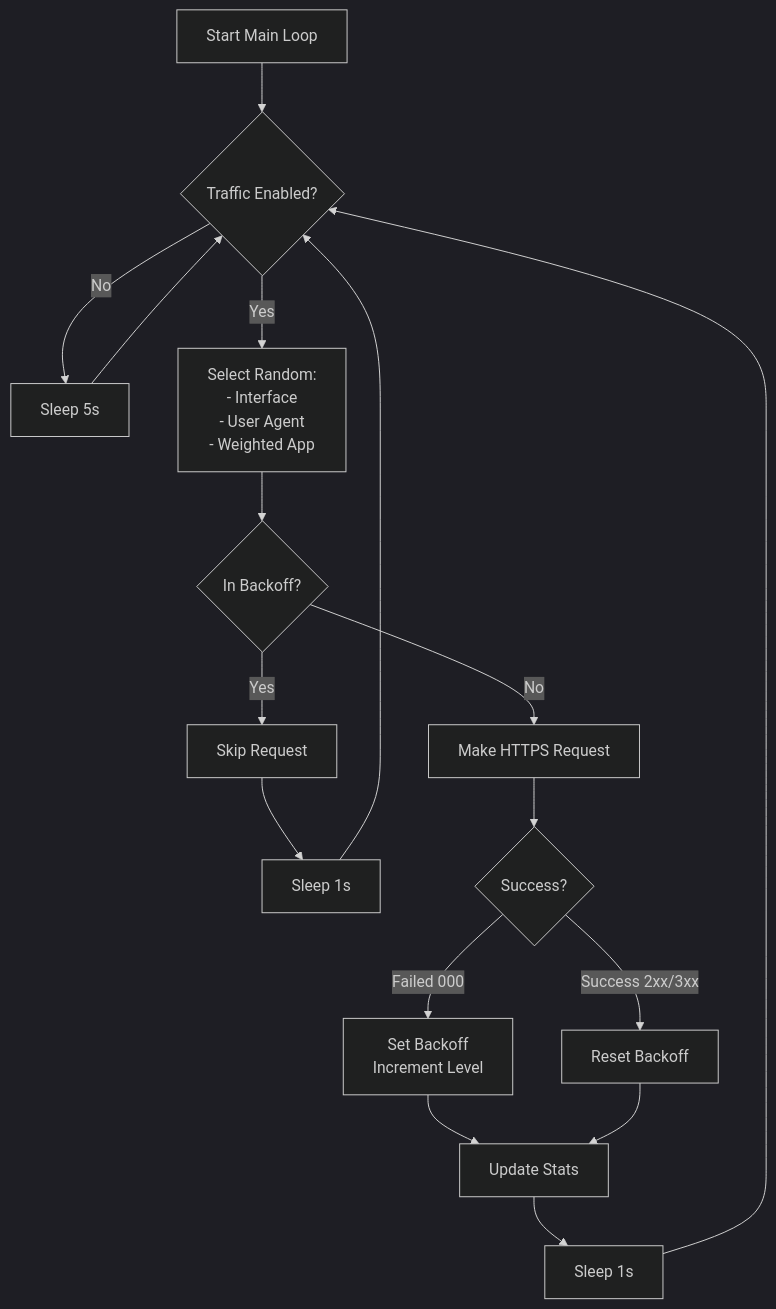
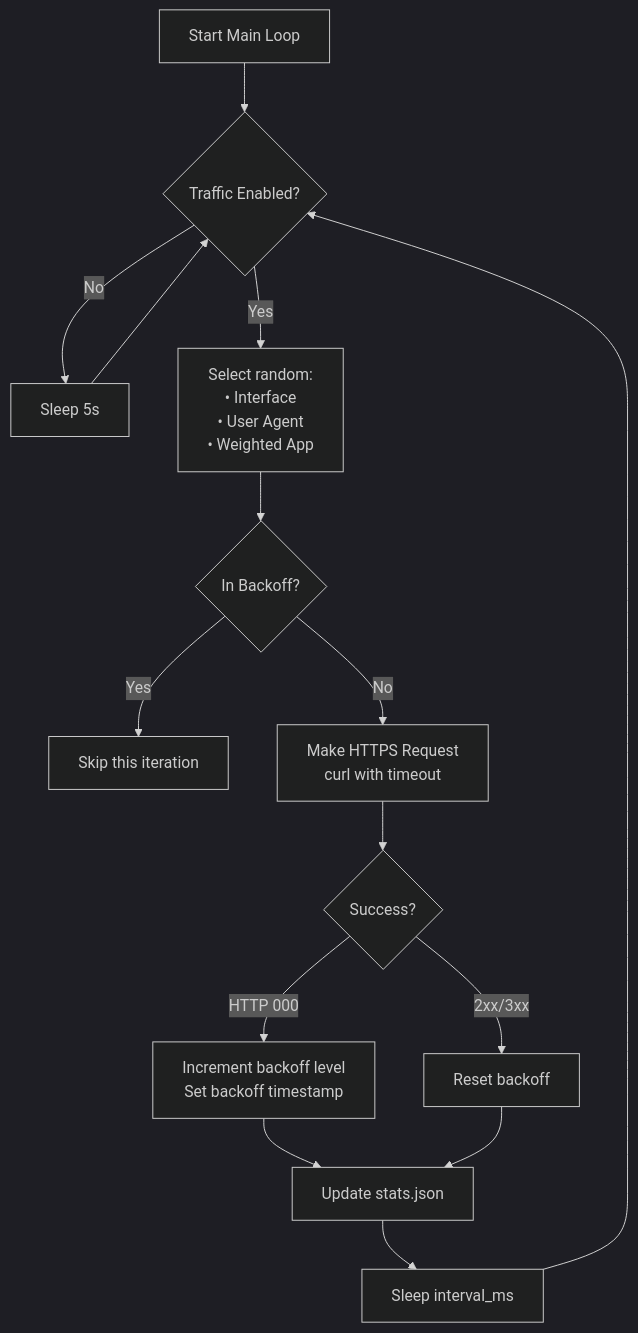
One commit to jsuzanne/sdwan-traffic-generator-web changed the second of 3 diagrams in SPECIFICATION.md. Above: the diagram before and after it, drawn with Mermaid (dark theme). The commit also changed other lines of this file, not shown here.

````diff
--- a/SPECIFICATION.md
+++ b/SPECIFICATION.md
@@ -103,19 +153,17 @@
 ```mermaid
 flowchart TD
     START[Start Main Loop] --> CHECK{Traffic Enabled?}
     CHECK -->|No| SLEEP1[Sleep 5s]
     SLEEP1 --> CHECK
-    CHECK -->|Yes| SELECT[Select Random:<br/>- Interface<br/>- User Agent<br/>- Weighted App]
+    CHECK -->|Yes| SELECT["Select random:\n• Interface\n• User Agent\n• Weighted App"]
     SELECT --> BACKOFF{In Backoff?}
-    BACKOFF -->|Yes| SKIP[Skip Request]
-    SKIP --> SLEEP2[Sleep 1s]
-    BACKOFF -->|No| REQUEST[Make HTTPS Request]
+    BACKOFF -->|Yes| SKIP[Skip this iteration]
+    BACKOFF -->|No| REQUEST[Make HTTPS Request\ncurl with timeout]
     REQUEST --> RESULT{Success?}
-    RESULT -->|Failed 000| ERROR[Set Backoff<br/>Increment Level]
-    RESULT -->|Success 2xx/3xx| SUCCESS[Reset Backoff]
-    ERROR --> STATS[Update Stats]
+    RESULT -->|HTTP 000| ERROR["Increment backoff level\nSet backoff timestamp"]
+    RESULT -->|2xx/3xx| SUCCESS[Reset backoff]
+    ERROR --> STATS[Update stats.json]
     SUCCESS --> STATS
-    STATS --> SLEEP3[Sleep 1s]
-    SLEEP2 --> CHECK
+    STATS --> SLEEP3[Sleep interval_ms]
     SLEEP3 --> CHECK
 ```
````
